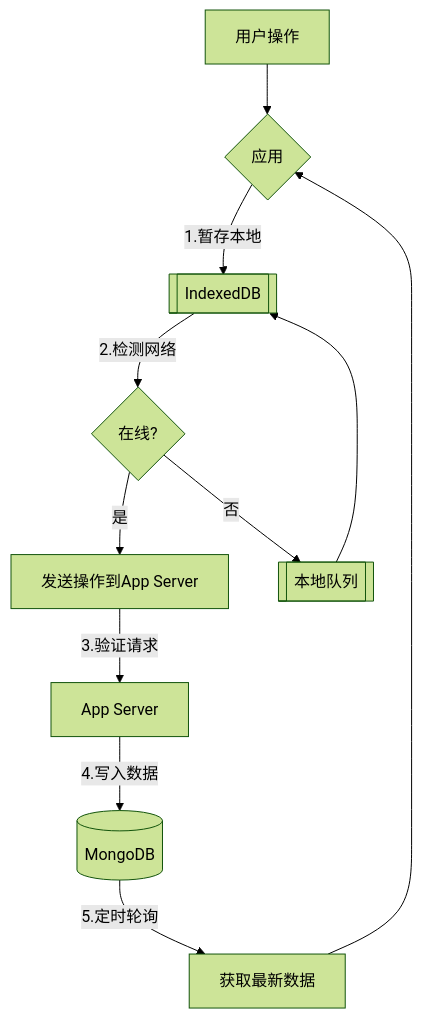
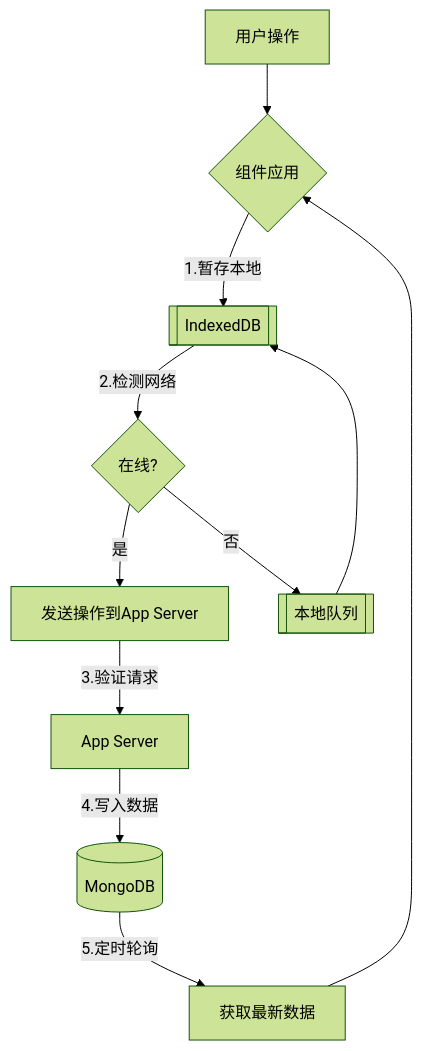
The diagram in all/未命名-21.md (yingjianzh/iodraw-files), drawn with Mermaid (forest theme) before and after one commit.

Commit message:
2025-02-17 14:57:54 update

````diff
--- a/all/未命名-21.md
+++ b/all/未命名-21.md
@@ -1,13 +1,13 @@
 ```mermaid
 graph TD
-    A[用户操作] --> B{应用}
+    A[用户操作] --> B{组件应用}
     B -->|1.暂存本地| C[[IndexedDB]]
     C -->|2.检测网络| D{在线?}
     D -->|是| E[发送操作到App Server]
     D -->|否| F[[本地队列]] --> C
     E -->|3.验证请求| G[App Server]
     G -->|4.写入数据| H[(MongoDB)]
     H -->|5.定时轮询| I[获取最新数据]
     I --> B
     
 ```
````
